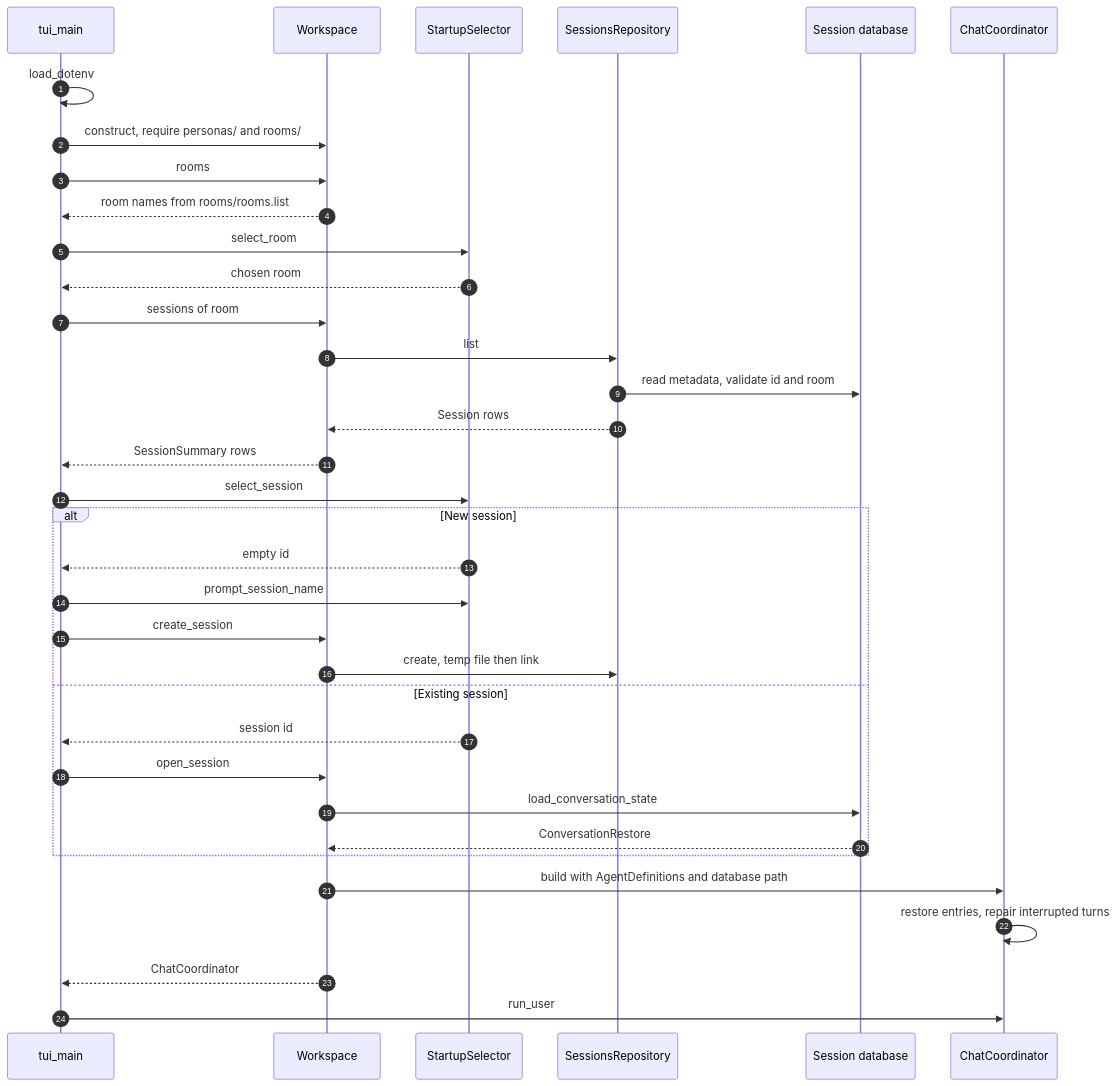
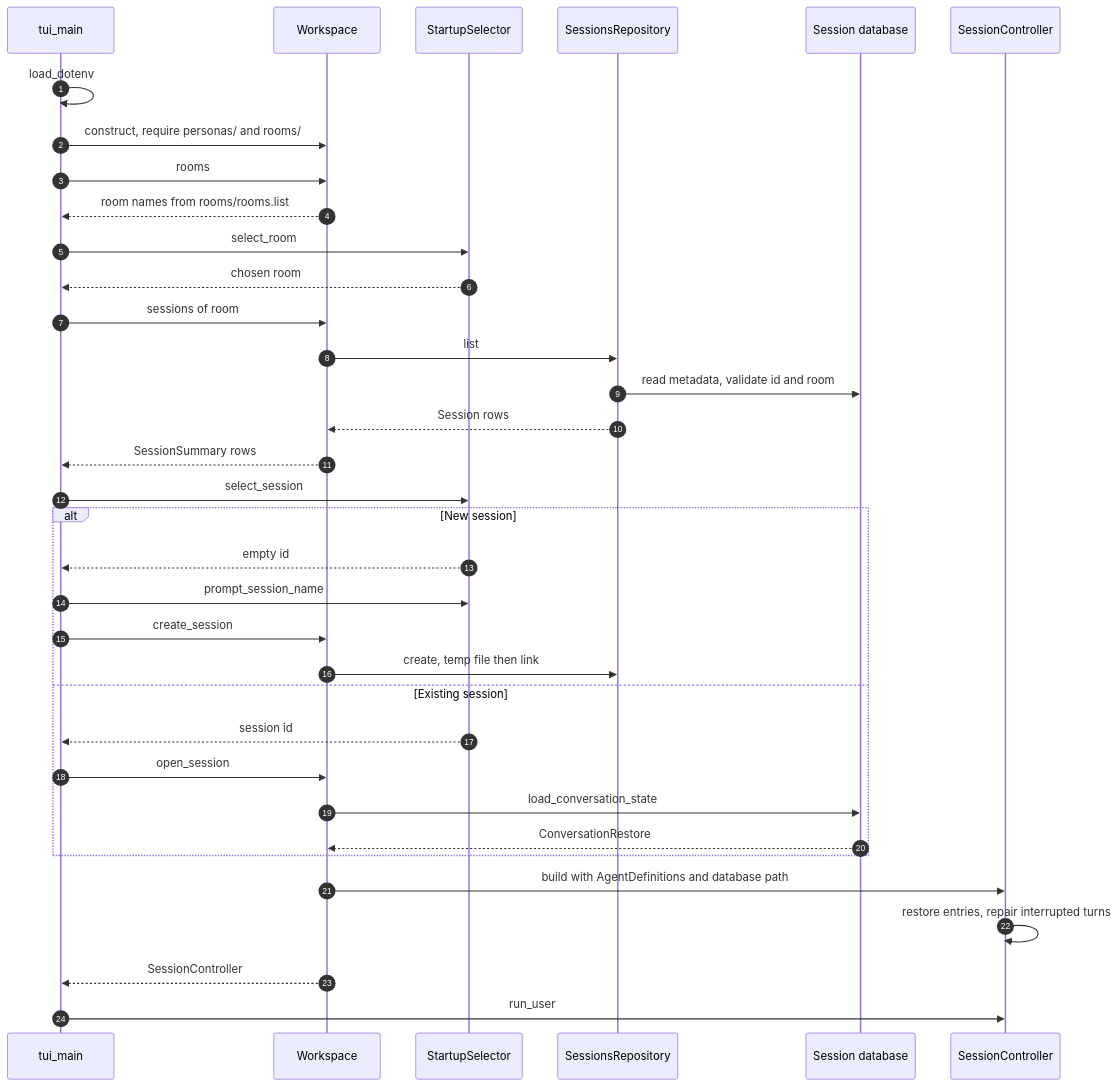
Before and after one commit to michaelpopov/cha: the third of 6 diagrams in src/README.md, drawn with Mermaid. The commit also changed other lines of this file and 98 other files, not shown here.

````diff
--- a/src/README.md
+++ b/src/README.md
@@ -157,38 +157,38 @@
 ```mermaid
 sequenceDiagram
     autonumber
     participant main as tui_main
     participant ws as Workspace
     participant sel as StartupSelector
     participant repo as SessionsRepository
     participant db as Session database
-    participant coord as ChatCoordinator
+    participant controller as SessionController
 
     main->>main: load_dotenv
     main->>ws: construct, require personas/ and rooms/
     main->>ws: rooms
     ws-->>main: room names from rooms/rooms.list
     main->>sel: select_room
     sel-->>main: chosen room
     main->>ws: sessions of room
     ws->>repo: list
     repo->>db: read metadata, validate id and room
     repo-->>ws: Session rows
     ws-->>main: SessionSummary rows
     main->>sel: select_session
     alt New session
         sel-->>main: empty id
         main->>sel: prompt_session_name
         main->>ws: create_session
         ws->>repo: create, temp file then link
     else Existing session
         sel-->>main: session id
         main->>ws: open_session
         ws->>db: load_conversation_state
         db-->>ws: ConversationRestore
     end
-    ws->>coord: build with AgentDefinitions and database path
-    coord->>coord: restore entries, repair interrupted turns
-    ws-->>main: ChatCoordinator
-    main->>coord: run_user
+    ws->>controller: build with AgentDefinitions and database path
+    controller->>controller: restore entries, repair interrupted turns
+    ws-->>main: SessionController
+    main->>controller: run_user
 ```
````
